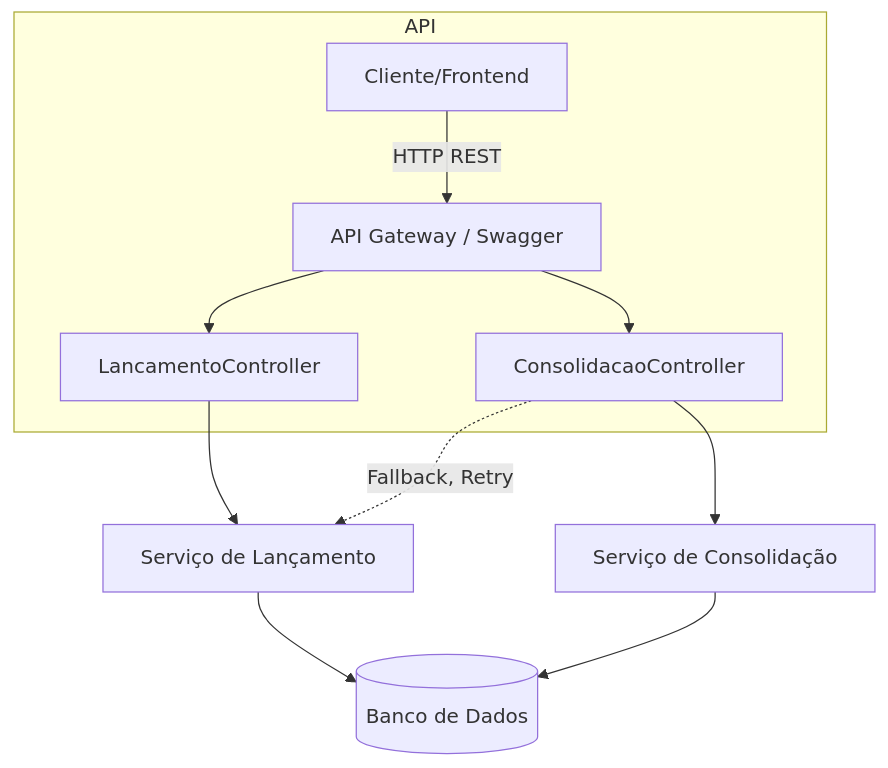
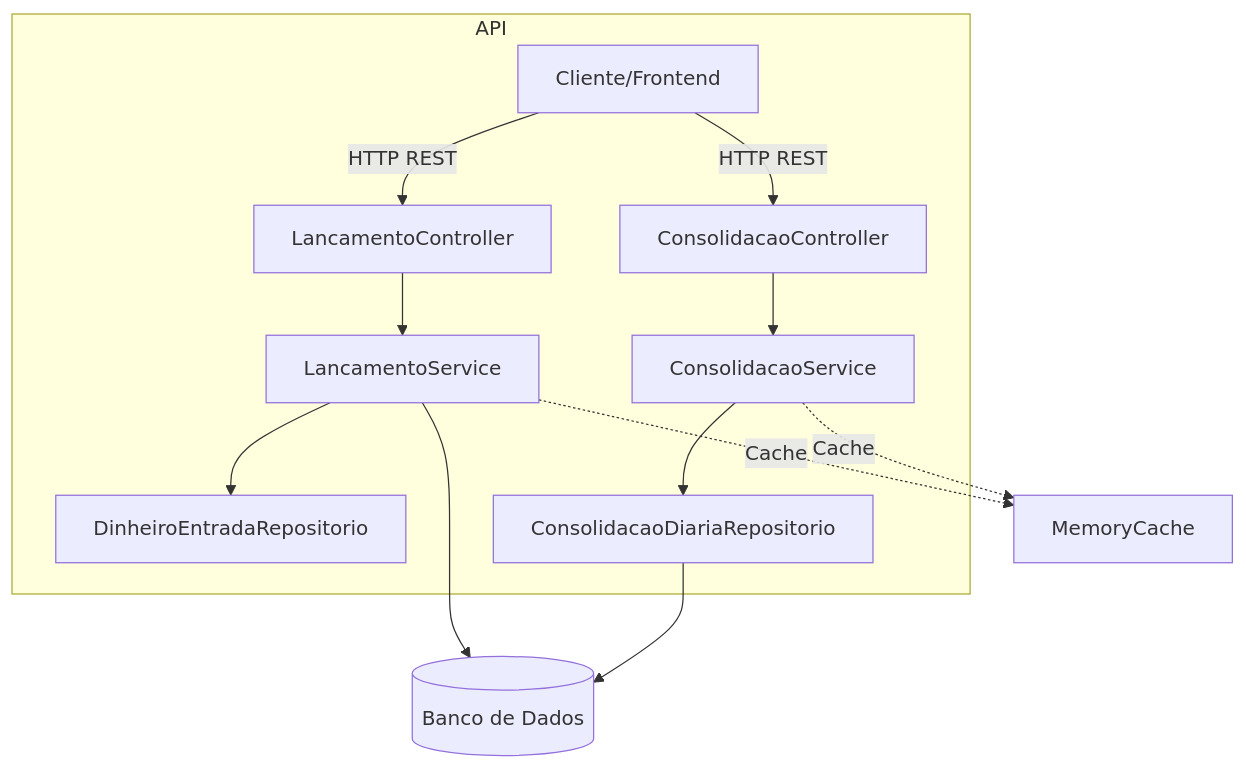
The first of 2 diagrams in README.md (tiowick/Fluxo_Caixa), drawn with Mermaid before and after one commit. The commit also changed other lines of this file and 2 other files, not shown here.

````diff
--- a/README.md
+++ b/README.md
@@ -25,13 +14,15 @@
 ```mermaid
 graph TD
     subgraph API
-        A[Cliente/Frontend] -->|HTTP REST| B[API Gateway / Swagger]
-        B --> C[LancamentoController]
-        B --> D[ConsolidacaoController]
+        A[Cliente/Frontend] -->|HTTP REST| B[LancamentoController]
+        B --> C[LancamentoService]
+        C --> D[DinheiroEntradaRepositorio]
+        A -->|HTTP REST| E[ConsolidacaoController]
+        E --> F[ConsolidacaoService]
+        F --> G[ConsolidacaoDiariaRepositorio]
     end
-    C --> E[Serviço de Lançamento]
-    D --> F[Serviço de Consolidação]
-    E --> G[(Banco de Dados)]
-    F --> G
-    D -.->|Fallback, Retry| E
-```
+    C --> H[(Banco de Dados)]
+    G --> H
+    C -.->|Cache| I[MemoryCache]
+    F -.->|Cache| I
+``` 
````
